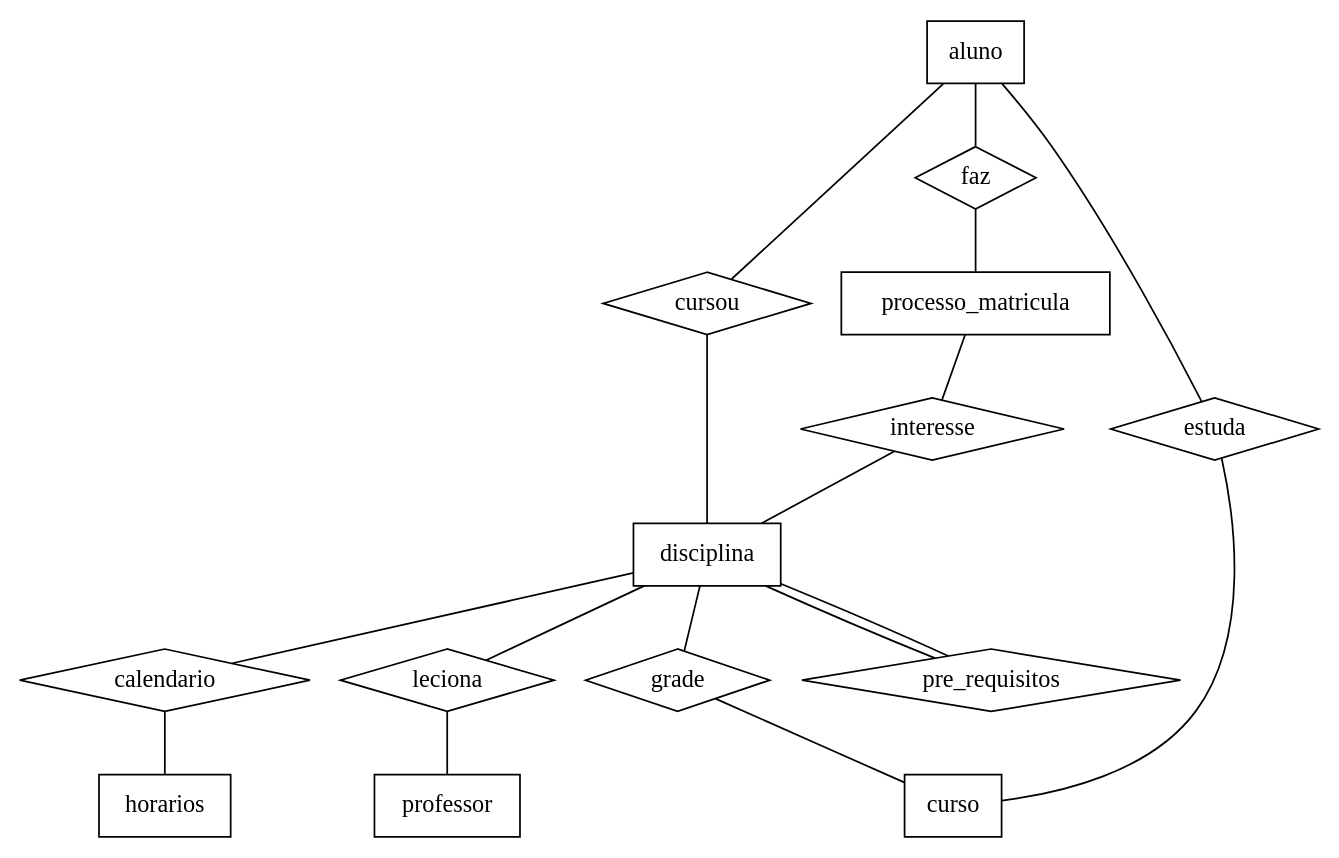
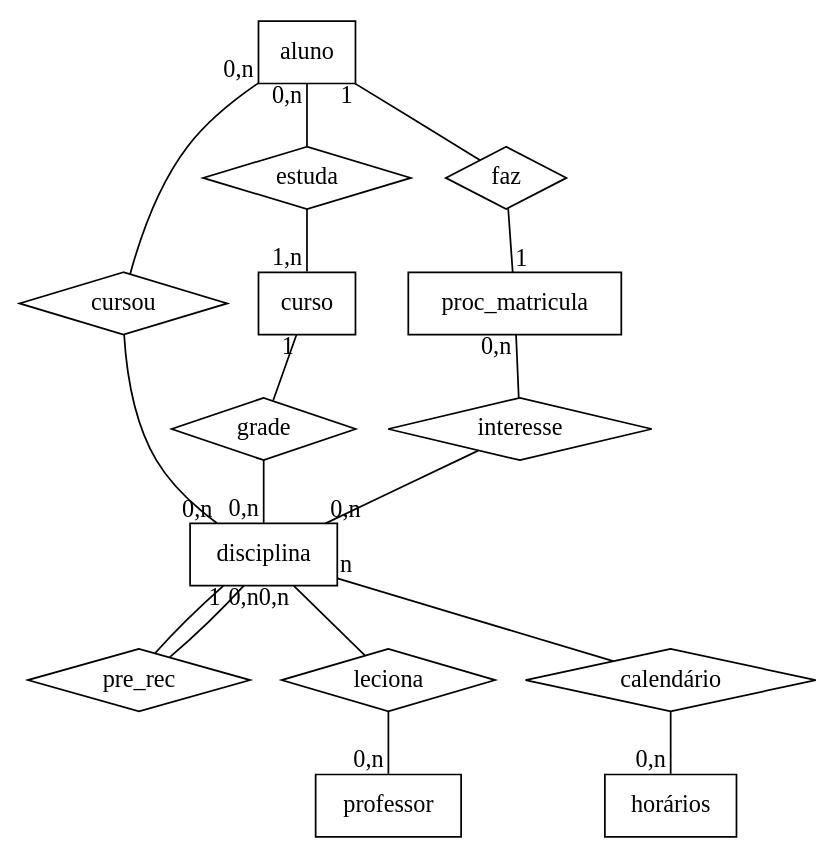
Before and after one commit to mbauer90/BCD: the diagram in diagramaER.dot, drawn with Graphviz.

Commit message:
Adicionado cardinalidade

```diff
--- a/diagramaER.dot
+++ b/diagramaER.dot
@@ -1,33 +1,37 @@
-graph diagramaER{
+graph diagramaER {
 
-	//Entidades
+	//ENTIDADES
 	aluno [shape=record]
 	disciplina [shape=record]
-	processo_matricula [shape=record]
-	horarios [shape=record]
 	professor [shape=record]
 	curso [shape=record]
+	horários[shape=record]
+	proc_matricula [shape=record]
 
-	// Relacionamentos
+
+	//RELACIONAMENTOS
 	cursou [shape=diamond]
-	faz [shape=diamond]
-	interesse [shape=diamond]
-	calendario [shape=diamond]
+	pre_rec [shape=diamond]
 	leciona [shape=diamond]
 	grade [shape=diamond]
+	calendário [shape=diamond]
+	interesse [shape=diamond]
 	estuda [shape=diamond]
-	pre_requisitos [shape=diamond]
+	faz [shape=diamond]
 
-	// Ligações
-	aluno -- cursou -- disciplina
-	aluno -- estuda -- curso
-	aluno -- faz -- processo_matricula
-	processo_matricula -- interesse -- disciplina
-	disciplina -- calendario -- horarios
-	disciplina -- pre_requisitos -- disciplina
-	disciplina -- leciona -- professor
-	disciplina -- grade -- curso
+
+	//LIGAÇOES
+	aluno -- cursou [taillabel = "0,n"] 				cursou -- disciplina [headlabel = "0,n"]
+	aluno -- faz [taillabel = "1"]	 					faz -- proc_matricula [headlabel = "1"]
+	aluno -- estuda [taillabel = "0,n"] 				estuda -- curso [headlabel = "1,n"]
+	curso -- grade 	[taillabel = "1"]					grade -- disciplina [headlabel = "0,n"]
+	disciplina -- leciona [taillabel = "0,n"]			leciona -- professor [headlabel = "0,n"]
+	disciplina -- pre_rec [taillabel = "1"] 			pre_rec -- disciplina [headlabel = "0,n"]
+	disciplina -- calendário [taillabel = "n"]			calendário -- horários [headlabel = "0,n"]
+	proc_matricula -- interesse [taillabel = "0,n"]		interesse -- disciplina [headlabel = "0,n"]
+
+
 }
 
-//meato -Tpng diagramaER.dot -o diagramaER.png
+//neato -Tpng diagramaER.dot -o diagramaER.png
 //dot -Tpng diagramaER.dot -o diagramaER.png
```
